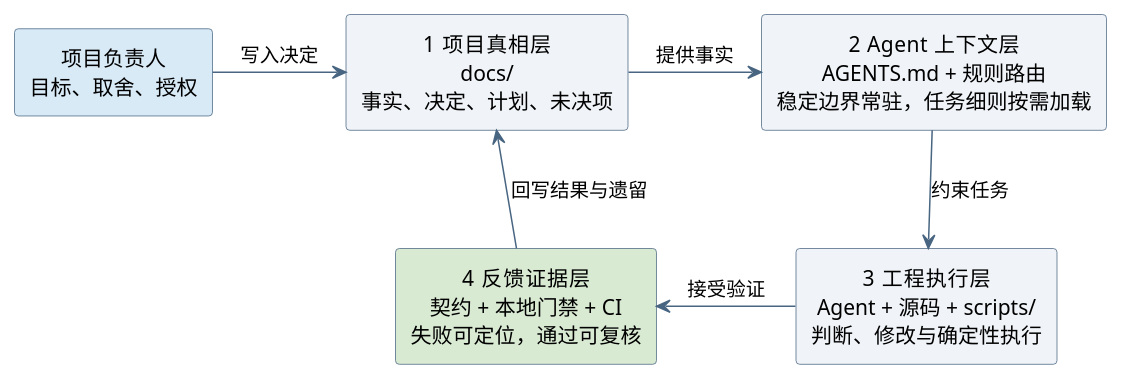
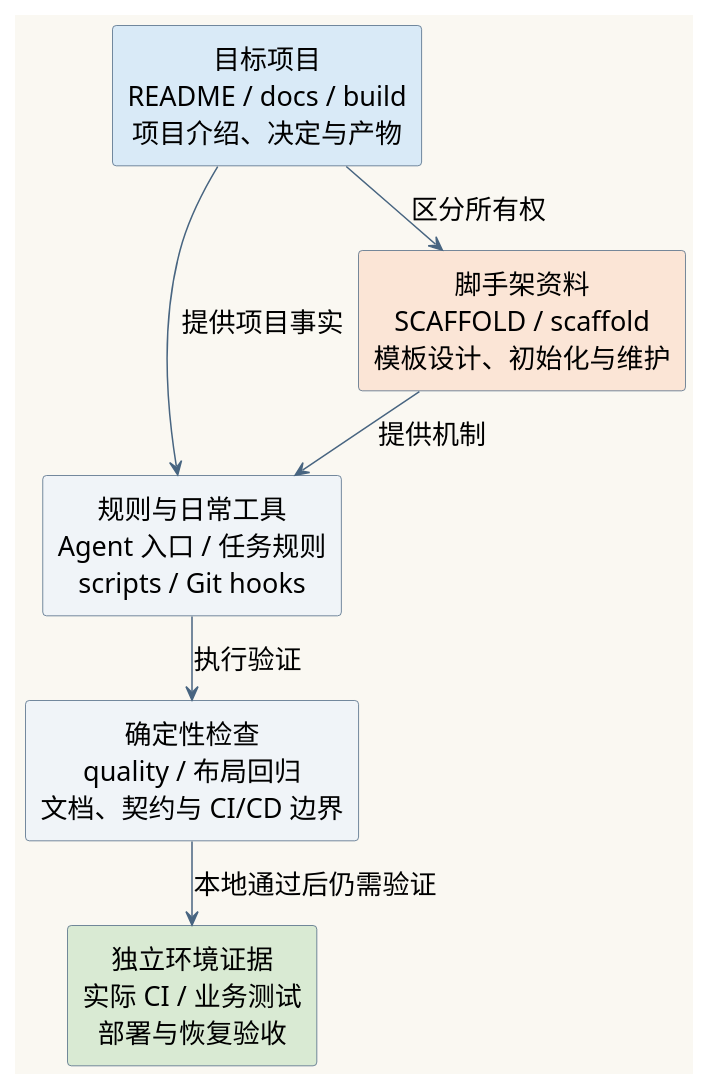
One commit to lyty1997/AxialMuseWebsite changed the first of 5 diagrams in docs/engineering/ai-coding-scaffold-diagrams.md. Above: the diagram before and after it, drawn with PlantUML. The commit also changed other lines of this file and 14 other files, not shown here.

````diff
--- a/docs/engineering/ai-coding-scaffold-diagrams.md
+++ b/docs/engineering/ai-coding-scaffold-diagrams.md
@@ -13,22 +14,27 @@
 ```plantuml
 @startuml
+top to bottom direction
 skinparam shadowing false
-skinparam backgroundColor transparent
+skinparam backgroundColor #FAF8F2
+skinparam defaultFontName "SansSerif"
+skinparam defaultFontSize 18
 skinparam defaultTextAlignment center
 skinparam ArrowColor #486581
 skinparam rectangleBorderColor #486581
 skinparam rectangleBackgroundColor #F0F4F8
+skinparam nodesep 20
+skinparam ranksep 30
 
-rectangle "项目负责人\n目标、取舍、授权" as Owner #D9EAF7
-rectangle "1  项目真相层\ndocs/\n事实、决定、计划、未决项" as Docs
-rectangle "2  Agent 上下文层\nAGENTS.md + 规则路由\n稳定边界常驻，任务细则按需加载" as Context
-rectangle "3  工程执行层\nAgent + 源码 + scripts/\n判断、修改与确定性执行" as Execution
-rectangle "4  反馈证据层\n契约 + 本地门禁 + CI\n失败可定位，通过可复核" as Evidence #D9EAD3
+rectangle "目标项目\nREADME / docs / build\n项目介绍、决定与产物" as Project #D9EAF7
+rectangle "脚手架资料\nSCAFFOLD / scaffold\n模板设计、初始化与维护" as Scaffold #FBE5D6
+rectangle "规则与日常工具\nAgent 入口 / 任务规则\nscripts / Git hooks" as Tools
+rectangle "确定性检查\nquality / 布局回归\n文档、契约与 CI/CD 边界" as Checks
+rectangle "独立环境证据\n实际 CI / 业务测试\n部署与恢复验收" as Real #D9EAD3
 
-Owner -right-> Docs : 写入决定
-Docs -right-> Context : 提供事实
-Context -down-> Execution : 约束任务
-Execution -left-> Evidence : 接受验证
-Evidence -up-> Docs : 回写结果与遗留
+Project -down-> Scaffold : 区分所有权
+Scaffold -down-> Tools : 提供机制
+Project -right-> Tools : 提供项目事实
+Tools -down-> Checks : 执行验证
+Checks -down-> Real : 本地通过后仍需验证
 @enduml
 ```
````
